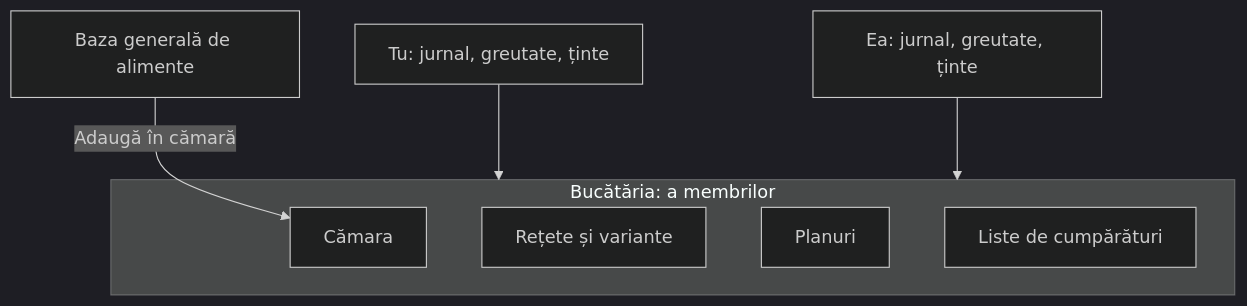
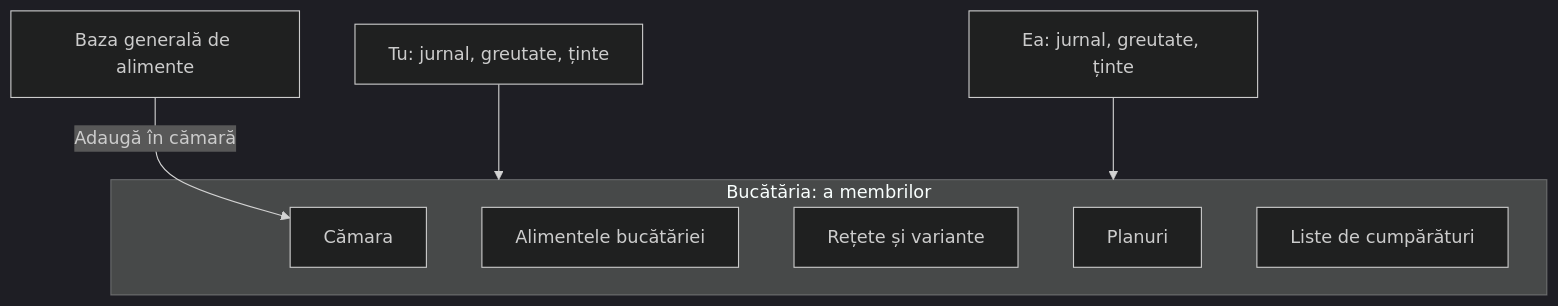
One commit to developedbyflow/macro-mate changed the first of 2 diagrams in docs/ghid/10-bucataria.md. Above: the diagram before and after it, drawn with Mermaid (dark theme). The commit also changed other lines of this file and 81 other files, not shown here.

````diff
--- a/docs/ghid/10-bucataria.md
+++ b/docs/ghid/10-bucataria.md
@@ -7,12 +7,13 @@
 ```mermaid
 flowchart TD
   G[Baza generală de alimente] -->|Adaugă în cămară| C
   subgraph B[Bucătăria: a membrilor]
+    A[Alimentele bucătăriei]
     C[Cămara]
     R[Rețete și variante]
     P[Planuri]
     L[Liste de cumpărături]
   end
   F[Tu: jurnal, greutate, ținte] --> B
   E[Ea: jurnal, greutate, ținte] --> B
 ```
````
